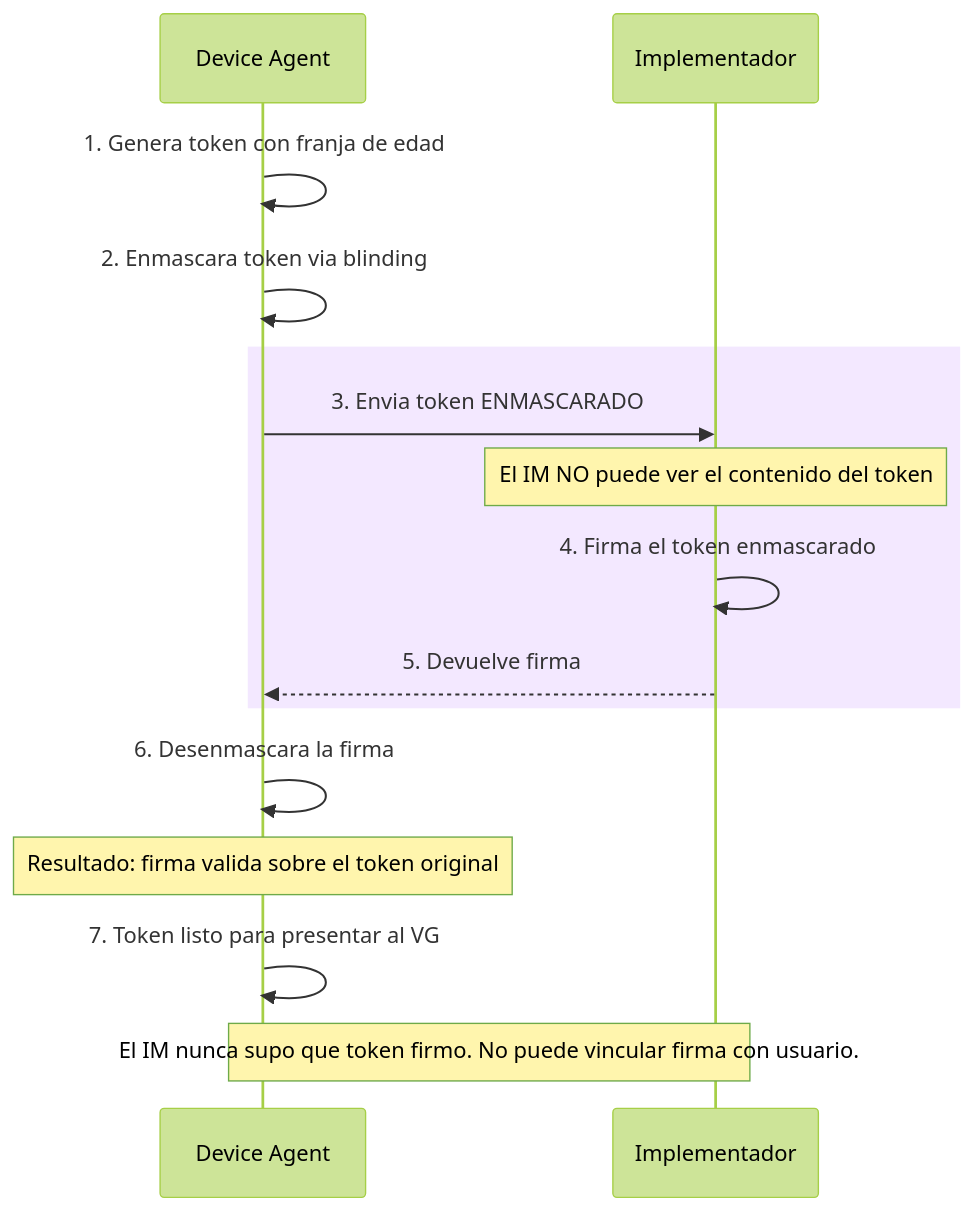
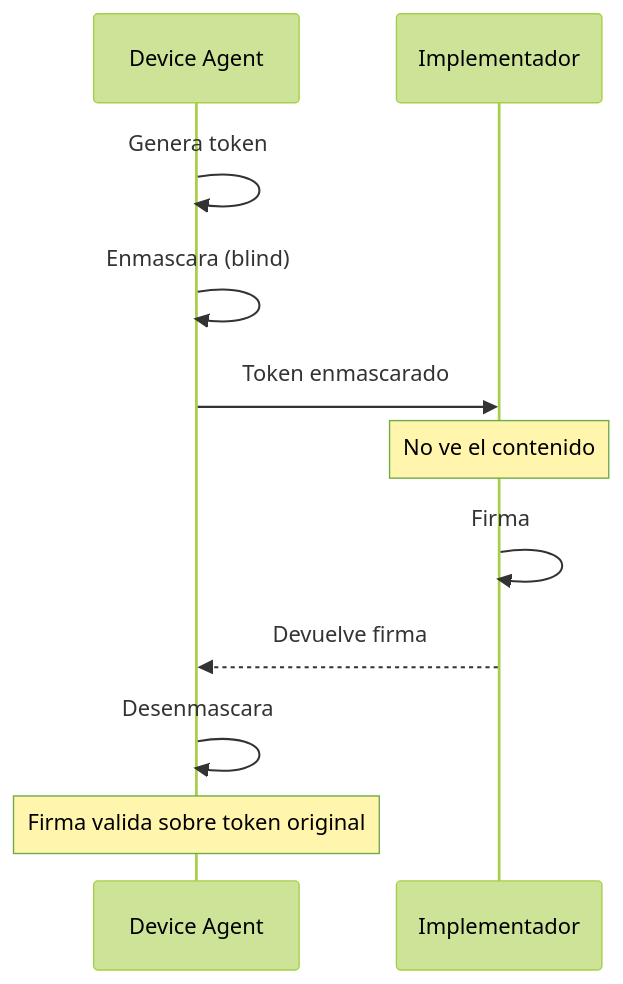
One commit to jorgej-ramos/AAVP changed the ninth of 13 diagrams in README.md. Above: the diagram before and after it, drawn with Mermaid (forest theme). The commit also changed other lines of this file, not shown here.

First line of the commit message:
Refactor README structure and update diagrams

````diff
--- a/README.md
+++ b/README.md
@@ -373,22 +316,16 @@
 ```mermaid
 sequenceDiagram
     participant DA as Device Agent
     participant IM as Implementador
 
-    DA->>DA: 1. Genera token con franja de edad
-    DA->>DA: 2. Enmascara token via blinding
+    DA->>DA: Genera token
+    DA->>DA: Enmascara (blind)
 
-    rect rgb(243, 232, 255)
-        DA->>IM: 3. Envia token ENMASCARADO
-        Note over IM: El IM NO puede ver el contenido del token
-        IM->>IM: 4. Firma el token enmascarado
-        IM-->>DA: 5. Devuelve firma
-    end
+    DA->>IM: Token enmascarado
+    Note over IM: No ve el contenido
+    IM->>IM: Firma
+    IM-->>DA: Devuelve firma
 
-    DA->>DA: 6. Desenmascara la firma
-    Note over DA: Resultado: firma valida sobre el token original
-
-    DA->>DA: 7. Token listo para presentar al VG
-
-    Note over DA,IM: El IM nunca supo que token firmo. No puede vincular firma con usuario.
+    DA->>DA: Desenmascara
+    Note over DA: Firma valida sobre token original
 ```
````
